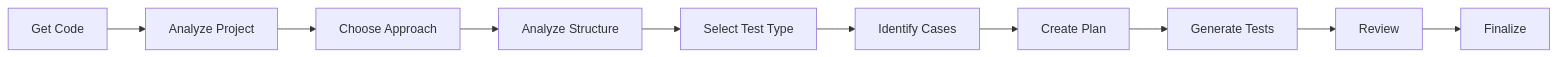
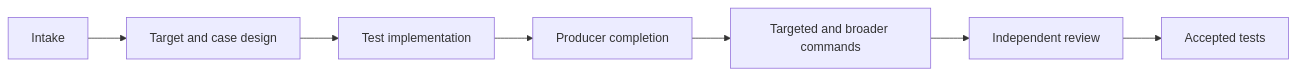
Before and after one commit to moira-mcp/moira: the diagram in packages/docs/src/content/docs/docs/reference/workflows/test-generation.mdx, drawn with Mermaid. The commit also changed other lines of this file and 122 other files, not shown here.

````diff
--- a/packages/docs/src/content/docs/docs/reference/workflows/test-generation.mdx
+++ b/packages/docs/src/content/docs/docs/reference/workflows/test-generation.mdx
@@ -18,12 +16,9 @@
 ```mermaid
 flowchart LR
-    A[Get Code] --> B[Analyze Project]
-    B --> C[Choose Approach]
-    C --> D[Analyze Structure]
-    D --> E[Select Test Type]
-    E --> F[Identify Cases]
-    F --> G[Create Plan]
-    G --> H[Generate Tests]
-    H --> I[Review]
-    I --> J[Finalize]
+  A[Intake] --> B[Target and case design]
+  B --> C[Test implementation]
+  C --> D[Producer completion]
+  D --> E[Targeted and broader commands]
+  E --> F[Independent review]
+  F --> G[Accepted tests]
 ```
````
